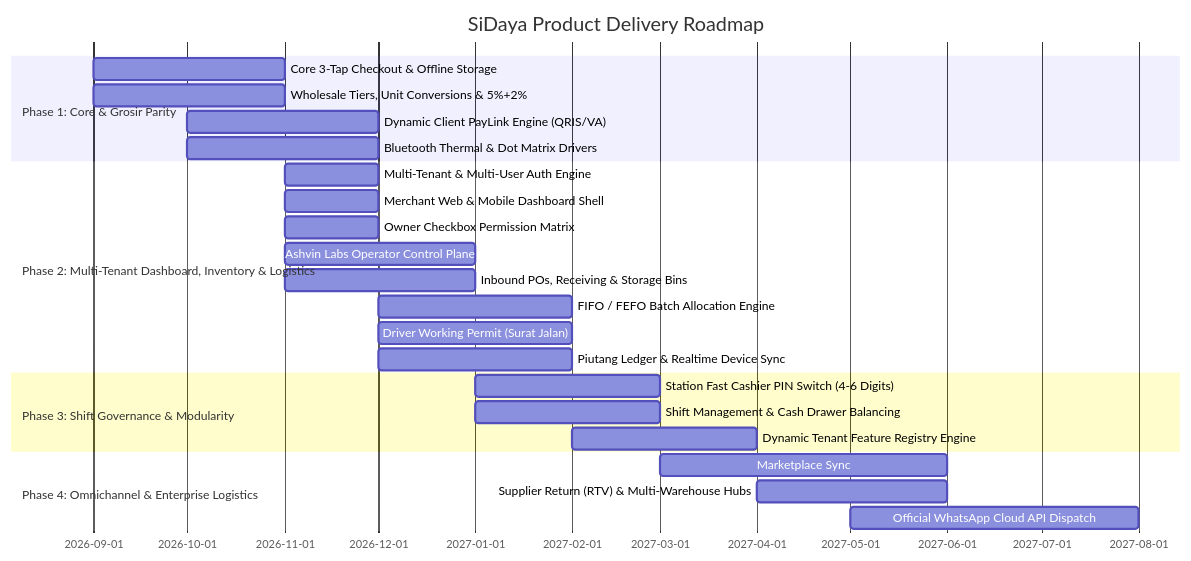
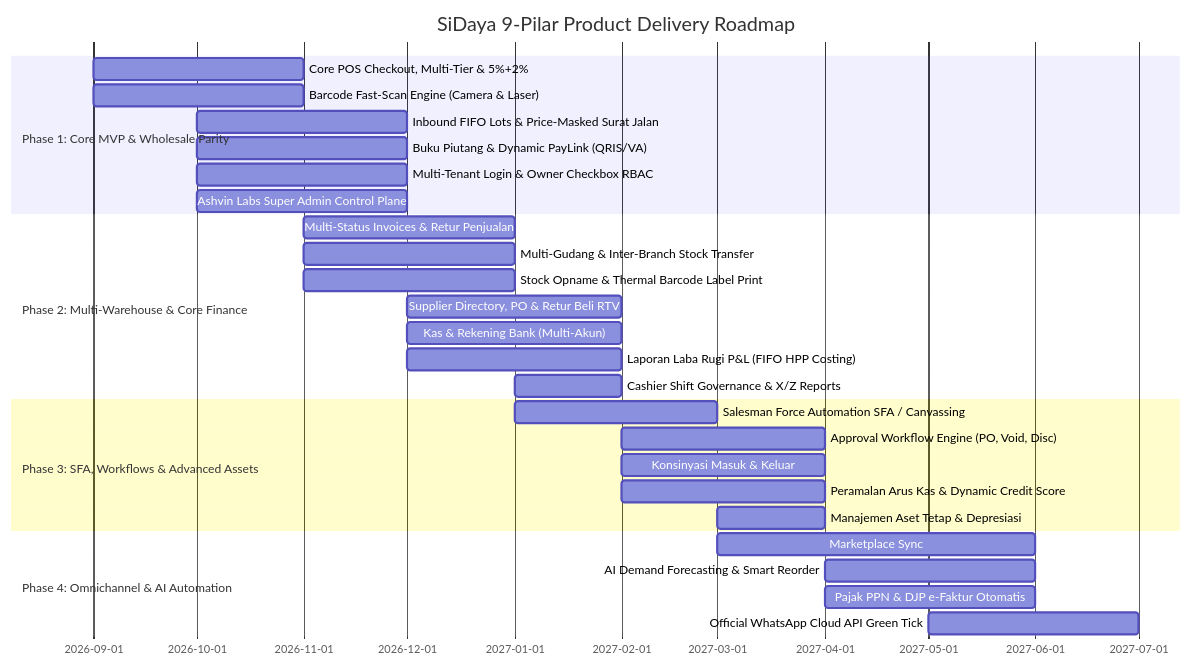
The second of 2 diagrams in docs/business/05_GO_TO_MARKET_AND_ROADMAP.md (gabrielfermy/siDaya), drawn with Mermaid before and after one commit. The commit also changed other lines of this file and 5 other files, not shown here.

Commit message:
docs: update architecture to 9-pilar enterprise ERP specification and canonical tenant navigation map

````diff
--- a/docs/business/05_GO_TO_MARKET_AND_ROADMAP.md
+++ b/docs/business/05_GO_TO_MARKET_AND_ROADMAP.md
@@ -47,27 +47,31 @@
 ```mermaid
 gantt
-    title SiDaya Product Delivery Roadmap
+    title SiDaya 9-Pilar Product Delivery Roadmap
     dateFormat  YYYY-MM
-    section Phase 1: Core & Grosir Parity
-    Core 3-Tap Checkout & Offline Storage    :2026-09, 2M
-    Wholesale Tiers, Unit Conversions & 5%+2% :2026-09, 2M
-    Dynamic Client PayLink Engine (QRIS/VA) :2026-10, 2M
-    Bluetooth Thermal & Dot Matrix Drivers   :2026-10, 2M
-    section Phase 2: Multi-Tenant Dashboard, Inventory & Logistics
-    Multi-Tenant & Multi-User Auth Engine    :2026-11, 1M
-    Merchant Web & Mobile Dashboard Shell    :2026-11, 1M
-    Owner Checkbox Permission Matrix         :2026-11, 1M
-    Ashvin Labs Operator Control Plane       :2026-11, 2M
-    Inbound POs, Receiving & Storage Bins    :2026-11, 2M
-    FIFO / FEFO Batch Allocation Engine      :2026-12, 2M
-    Driver Working Permit (Surat Jalan)      :2026-12, 2M
-    Piutang Ledger & Realtime Device Sync    :2026-12, 2M
-    section Phase 3: Shift Governance & Modularity
-    Station Fast Cashier PIN Switch (4-6 Digits):2027-01, 2M
-    Shift Management & Cash Drawer Balancing :2027-01, 2M
-    Dynamic Tenant Feature Registry Engine   :2027-02, 2M
-    section Phase 4: Omnichannel & Enterprise Logistics
+    section Phase 1: Core MVP & Wholesale Parity
+    Core POS Checkout, Multi-Tier & 5%+2%   :2026-09, 2M
+    Barcode Fast-Scan Engine (Camera & Laser):2026-09, 2M
+    Inbound FIFO Lots & Price-Masked Surat Jalan :2026-10, 2M
+    Buku Piutang & Dynamic PayLink (QRIS/VA):2026-10, 2M
+    Multi-Tenant Login & Owner Checkbox RBAC :2026-10, 2M
+    Ashvin Labs Super Admin Control Plane    :2026-10, 2M
+    section Phase 2: Multi-Warehouse & Core Finance
+    Multi-Status Invoices & Retur Penjualan  :2026-11, 2M
+    Multi-Gudang & Inter-Branch Stock Transfer :2026-11, 2M
+    Stock Opname & Thermal Barcode Label Print :2026-11, 2M
+    Supplier Directory, PO & Retur Beli RTV :2026-12, 2M
+    Kas & Rekening Bank (Multi-Akun)         :2026-12, 2M
+    Laporan Laba Rugi P&L (FIFO HPP Costing) :2026-12, 2M
+    Cashier Shift Governance & X/Z Reports   :2027-01, 1M
+    section Phase 3: SFA, Workflows & Advanced Assets
+    Salesman Force Automation SFA / Canvassing:2027-01, 2M
+    Approval Workflow Engine (PO, Void, Disc):2027-02, 2M
+    Konsinyasi Masuk & Keluar                :2027-02, 2M
+    Peramalan Arus Kas & Dynamic Credit Score:2027-02, 2M
+    Manajemen Aset Tetap & Depresiasi        :2027-03, 1M
+    section Phase 4: Omnichannel & AI Automation
     Marketplace Sync: Shopee / Tokopedia/ TikTok :2027-03, 3M
-    Supplier Return (RTV) & Multi-Warehouse Hubs:2027-04, 2M
-    Official WhatsApp Cloud API Dispatch    :2027-05, 3M
+    AI Demand Forecasting & Smart Reorder    :2027-04, 2M
+    Pajak PPN & DJP e-Faktur Otomatis        :2027-04, 2M
+    Official WhatsApp Cloud API Green Tick   :2027-05, 2M
 ```
````
